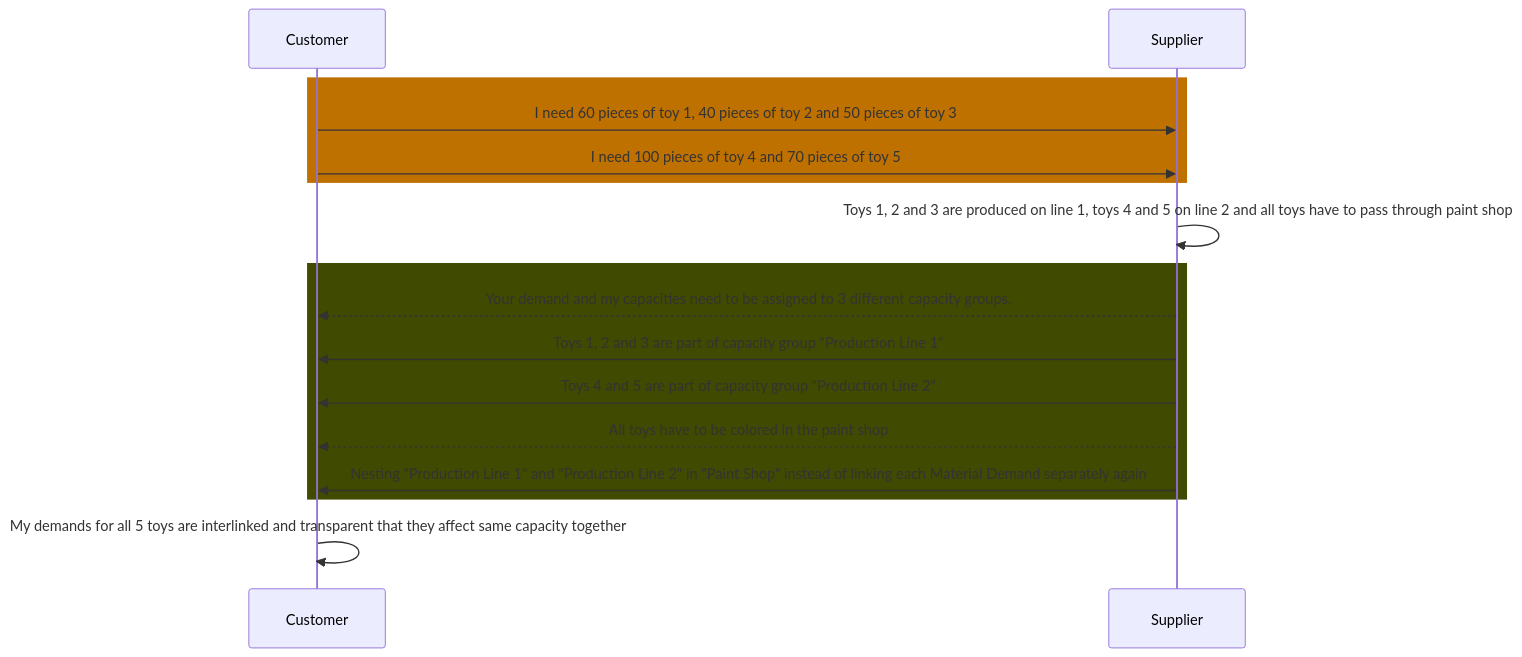
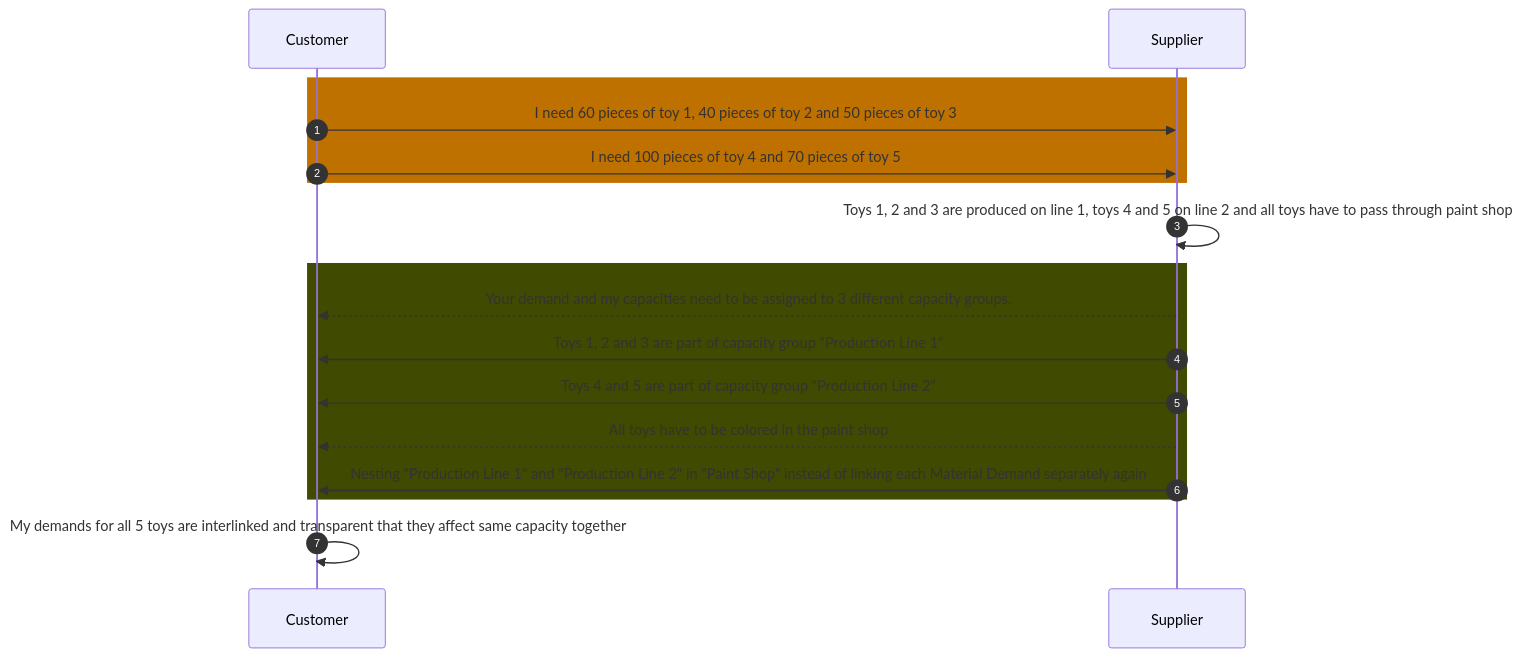
The diagram in docs-kits/kits/Demand and Capacity Management Kit/adoption-view/use-case/nesting.md (eclipse-tractusx/eclipse-tractusx.github.io), drawn with Mermaid before and after one commit. The commit also changed 12 other files, not shown here.

Commit message:
Added numbering to sequence diagrams

````diff
--- a/docs-kits/kits/Demand and Capacity Management Kit/adoption-view/use-case/nesting.md
+++ b/docs-kits/kits/Demand and Capacity Management Kit/adoption-view/use-case/nesting.md
@@ -131,18 +131,23 @@
 ```mermaid
 sequenceDiagram
+autonumber
 Participant c as Customer
 Participant s as Supplier
 rect rgb(191,113,00) 
-c->>s: I need 60 pieces of toy 1, 40 pieces of toy 2 and 50 pieces of toy 3
-c->>s: I need 100 pieces of toy 4 and 70 pieces of toy 5
+    c->>s: I need 60 pieces of toy 1, 40 pieces of toy 2 and 50 pieces of toy 3
+    c->>s: I need 100 pieces of toy 4 and 70 pieces of toy 5
 end
 s->>s: Toys 1, 2 and 3 are produced on line 1, toys 4 and 5 on line 2 and all toys have to pass through paint shop
 rect rgb(64,74,00)
-s-->>c: Your demand and my capacities need to be assigned to 3 different capacity groups.
-s->>c: Toys 1, 2 and 3 are part of capacity group "Production Line 1"
-s->>c: Toys 4 and 5 are part of capacity group "Production Line 2"
-s-->>c: All toys have to be colored in the paint shop
-s->>c: Nesting "Production Line 1" and "Production Line 2" in "Paint Shop" instead of linking each Material Demand separately again
+    autonumber off
+    s-->>c: Your demand and my capacities need to be assigned to 3 different capacity groups.
+    autonumber 4
+    s->>c: Toys 1, 2 and 3 are part of capacity group "Production Line 1"
+    s->>c: Toys 4 and 5 are part of capacity group "Production Line 2"
+    autonumber off
+    s-->>c: All toys have to be colored in the paint shop
+    autonumber 6
+    s->>c: Nesting "Production Line 1" and "Production Line 2" in "Paint Shop" instead of linking each Material Demand separately again
 end
 c->>c: My demands for all 5 toys are interlinked and transparent that they affect same capacity together
 ```
````
